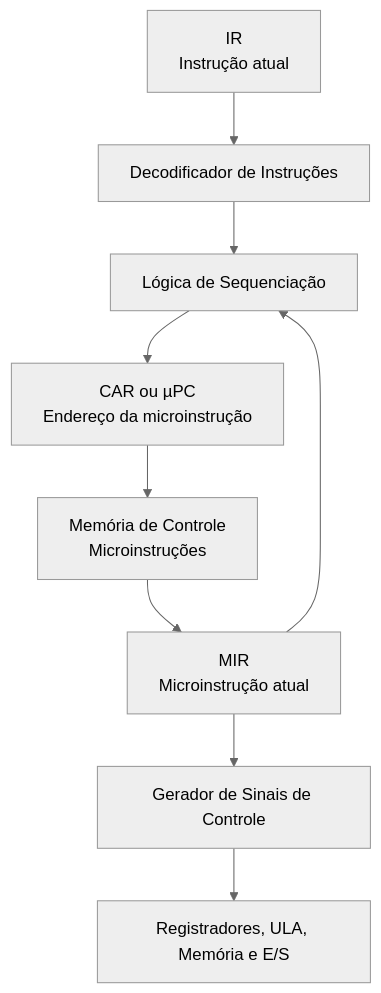
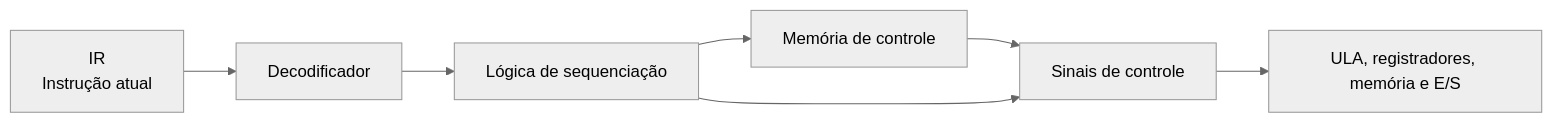
Before and after one commit to matheus046z/CompSci-UCB: the fifth of 9 diagrams in content/MOD 2/SISCOMP/02 Unidades/Unidade 1/Leitura 1.2/Resumos/SISCOMP-1.2-Resumo.md, drawn with Mermaid (neutral theme). The commit also changed other lines of this file, not shown here.

````diff
--- a/content/MOD 2/SISCOMP/02 Unidades/Unidade 1/Leitura 1.2/Resumos/SISCOMP-1.2-Resumo.md
+++ b/content/MOD 2/SISCOMP/02 Unidades/Unidade 1/Leitura 1.2/Resumos/SISCOMP-1.2-Resumo.md
@@ -254,20 +180,16 @@
 ```mermaid
-flowchart TD
+flowchart LR
     IR[IR<br>Instrução atual]
-    DEC[Decodificador de Instruções]
-    SEQ[Lógica de Sequenciação]
-    CAR[CAR ou µPC<br>Endereço da microinstrução]
-    CM[Memória de Controle<br>Microinstruções]
-    MIR[MIR<br>Microinstrução atual]
-    CTRL[Gerador de Sinais de Controle]
-    CPU[Registradores, ULA, Memória e E/S]
+    DEC[Decodificador]
+    SEQ[Lógica de sequenciação]
+    MC[Memória de controle]
+    SINAIS[Sinais de controle]
+    COMP[ULA, registradores, memória e E/S]
 
     IR --> DEC
     DEC --> SEQ
-    SEQ --> CAR
-    CAR --> CM
-    CM --> MIR
-    MIR --> CTRL
-    CTRL --> CPU
-    MIR --> SEQ
+    SEQ --> MC
+    MC --> SINAIS
+    SINAIS --> COMP
+    SEQ --> SINAIS
 ```
````
